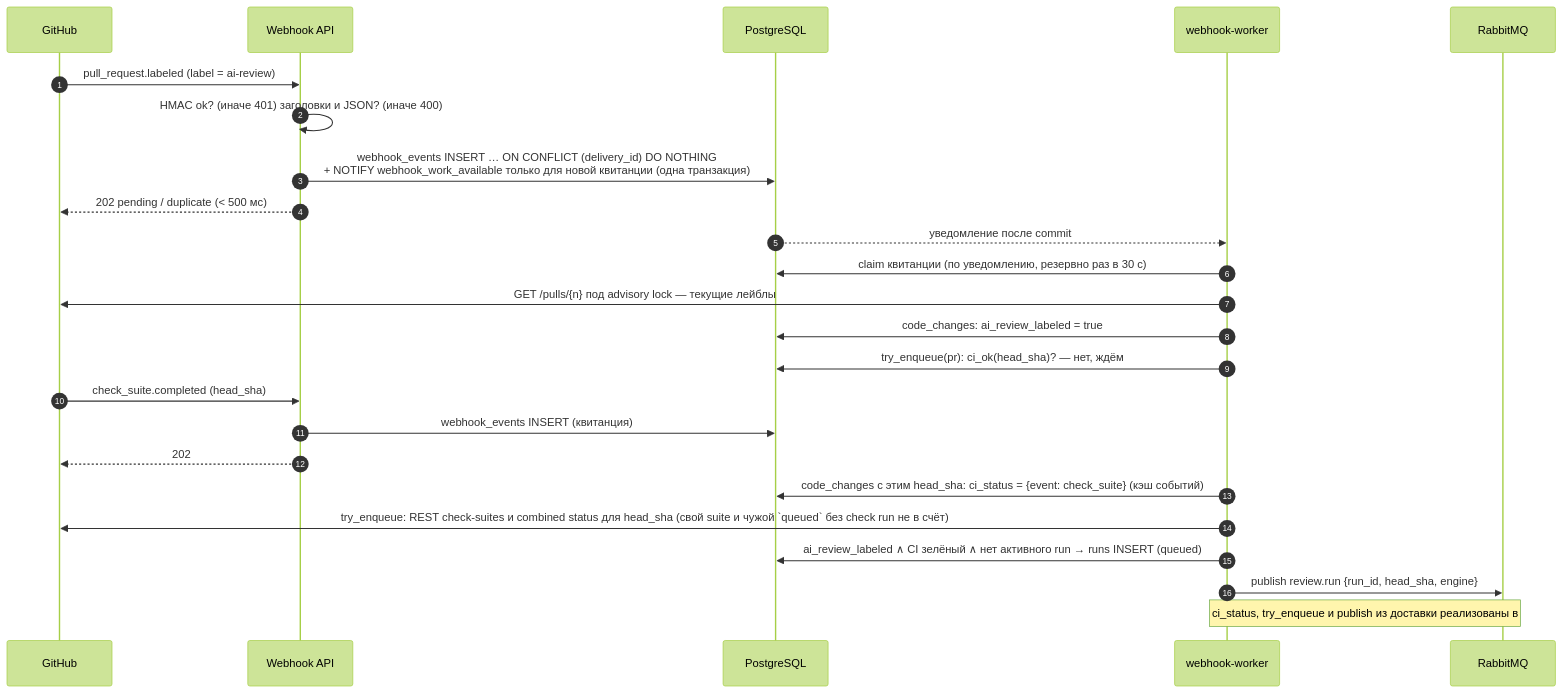
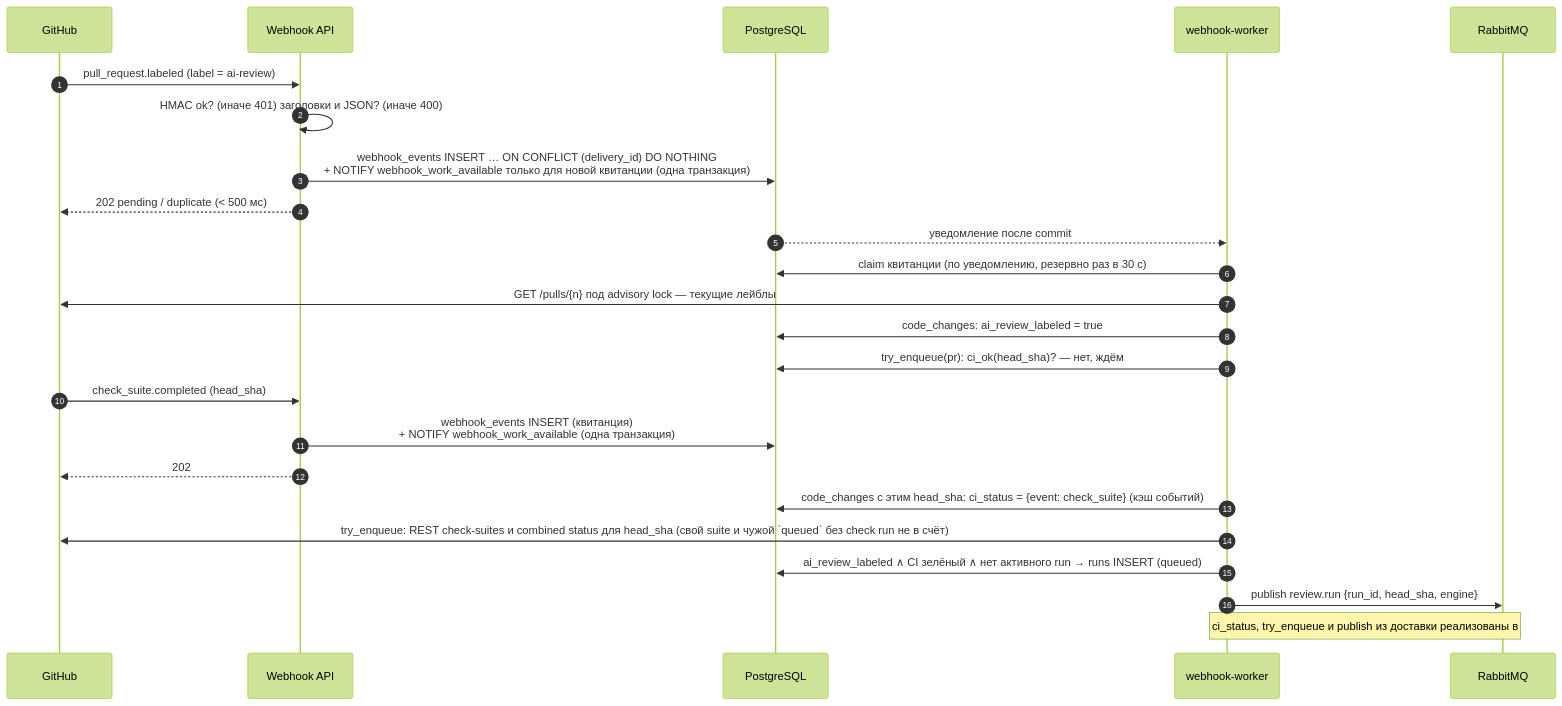
Before and after one commit to larchanka-training/dmc-268-api-t6: the fourth of 13 diagrams in docs/SYSTEM_DESIGN.md, drawn with Mermaid (forest theme). The commit also changed other lines of this file, not shown here.

First line of the commit message:
docs: show NOTIFY for every new receipt in SD diagrams (#166)

````diff
--- a/docs/SYSTEM_DESIGN.md
+++ b/docs/SYSTEM_DESIGN.md
@@ -290,28 +290,28 @@
 ```mermaid
 sequenceDiagram
   autonumber
   participant GH as GitHub
   participant WH as Webhook API
   participant PG as PostgreSQL
   participant WW as webhook-worker
   participant MQ as RabbitMQ
 
   GH->>WH: pull_request.labeled (label = ai-review)
   WH->>WH: HMAC ok? (иначе 401) заголовки и JSON? (иначе 400)
   WH->>PG: webhook_events INSERT … ON CONFLICT (delivery_id) DO NOTHING<br/>+ NOTIFY webhook_work_available только для новой квитанции (одна транзакция)
   WH-->>GH: 202 pending / duplicate (< 500 мс)
   PG-->>WW: уведомление после commit
   WW->>PG: claim квитанции (по уведомлению, резервно раз в 30 с)
   WW->>GH: GET /pulls/{n} под advisory lock — текущие лейблы
   WW->>PG: code_changes: ai_review_labeled = true
   WW->>PG: try_enqueue(pr): ci_ok(head_sha)? — нет, ждём
 
   GH->>WH: check_suite.completed (head_sha)
-  WH->>PG: webhook_events INSERT (квитанция)
+  WH->>PG: webhook_events INSERT (квитанция)<br/>+ NOTIFY webhook_work_available (одна транзакция)
   WH-->>GH: 202
   WW->>PG: code_changes с этим head_sha: ci_status = {event: check_suite} (кэш событий)
   WW->>GH: try_enqueue: REST check-suites и combined status для head_sha (свой suite и чужой `queued` без check run не в счёт)
   WW->>PG: ai_review_labeled ∧ CI зелёный ∧ нет активного run → runs INSERT (queued)
   WW->>MQ: publish review.run {run_id, head_sha, engine}
   Note over WW,MQ: ci_status, try_enqueue и publish из доставки реализованы в #52
 ```
````
